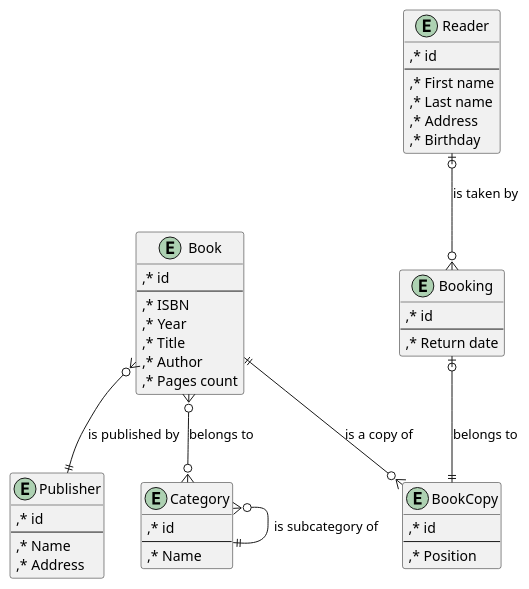
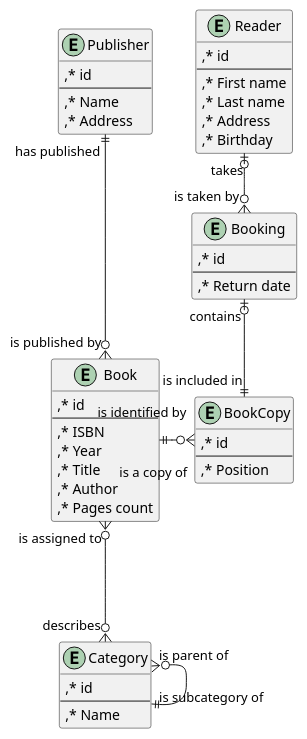
The first of 5 diagrams in Practice 2/Yakshibaev/README.org (consoleaf/BD_B2019_PING_6), drawn with PlantUML before and after one commit. The commit also changed other lines of this file and 6 other files, not shown here.

```diff
--- a/Practice 2/Yakshibaev/README.org
+++ b/Practice 2/Yakshibaev/README.org
@@ -18,56 +18,56 @@
-#+begin_src plantuml :file img/task1.png :exports both
+#+begin_src plantuml :file img/task1.png :exports both :cache yes
 /'
  ' skinparam linetype ortho
  '/
 
 entity Book {
         ,* id
         --
         ,* ISBN
         ,* Year
         ,* Title
         ,* Author
         ,* Pages count
 }
 
 entity BookCopy {
         ,* id
         --
         ,* Position
 }
 
 entity Publisher {
         ,* id
         --
         ,* Name
         ,* Address
 }
 
 entity Category {
         ,* id
         --
         ,* Name
 }
 
 entity Reader {
         ,* id
         --
         ,* First name
         ,* Last name
         ,* Address
         ,* Birthday
 }
 
 entity Booking {
         ,* id
         --
         ,* Return date
 }
 
-Book }o--|| Publisher: is published by
-Book }o--o{ Category: belongs to
-Category }o--|| Category: is subcategory of
-Reader |o--o{ Booking: is taken by
-Booking |o--|| BookCopy: belongs to
-Book ||--o{ BookCopy: is a copy of
+Book "is published by" }o--up-|| "has published" Publisher
+Book "is assigned to" }o--down-o{ "describes" Category
+Category "is parent of" }o---|| "is subcategory of" Category
+Reader "takes" |o--o{ "is taken by" Booking
+Booking "contains" |o--|| "is included in" BookCopy
+Book "is identified by" ||-right----o{ "is a copy of" BookCopy
 #+end_src
```
